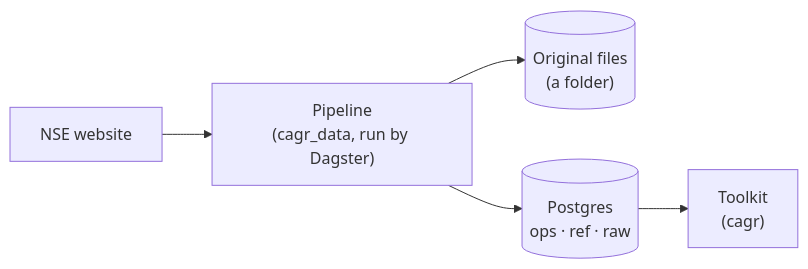
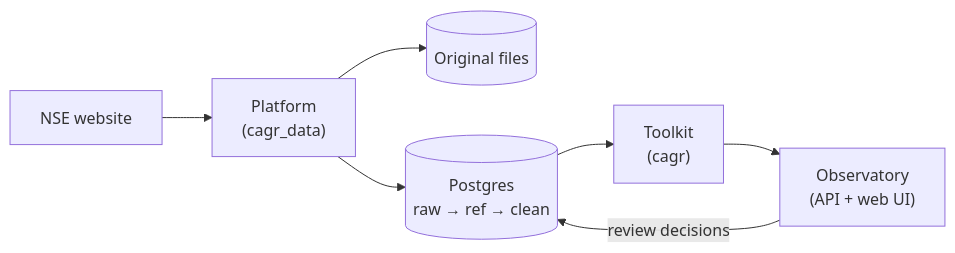
Before and after one commit to arush-patel/cagr-data-platform: the diagram in docs/architecture/overview.md, drawn with Mermaid. The commit also changed other lines of this file and 11 other files, not shown here.

First line of the commit message:
Docs: bring up to date with listings, clean bars, market cap, industry and the Observatory

````diff
--- a/docs/architecture/overview.md
+++ b/docs/architecture/overview.md
@@ -7,7 +8,9 @@
 ```mermaid
 flowchart LR
-    nse["NSE website"] --> pipe["Pipeline<br/>(cagr_data, run by Dagster)"]
-    pipe --> files[("Original files<br/>(a folder)")]
-    pipe --> db[("Postgres<br/>ops · ref · raw")]
+    nse["NSE website"] --> pipe["Platform<br/>(cagr_data)"]
+    pipe --> files[("Original files")]
+    pipe --> db[("Postgres<br/>raw → ref → clean")]
     db --> tk["Toolkit<br/>(cagr)"]
+    tk --> obs["Observatory<br/>(API + web UI)"]
+    obs -- "review decisions" --> db
 ```
````
